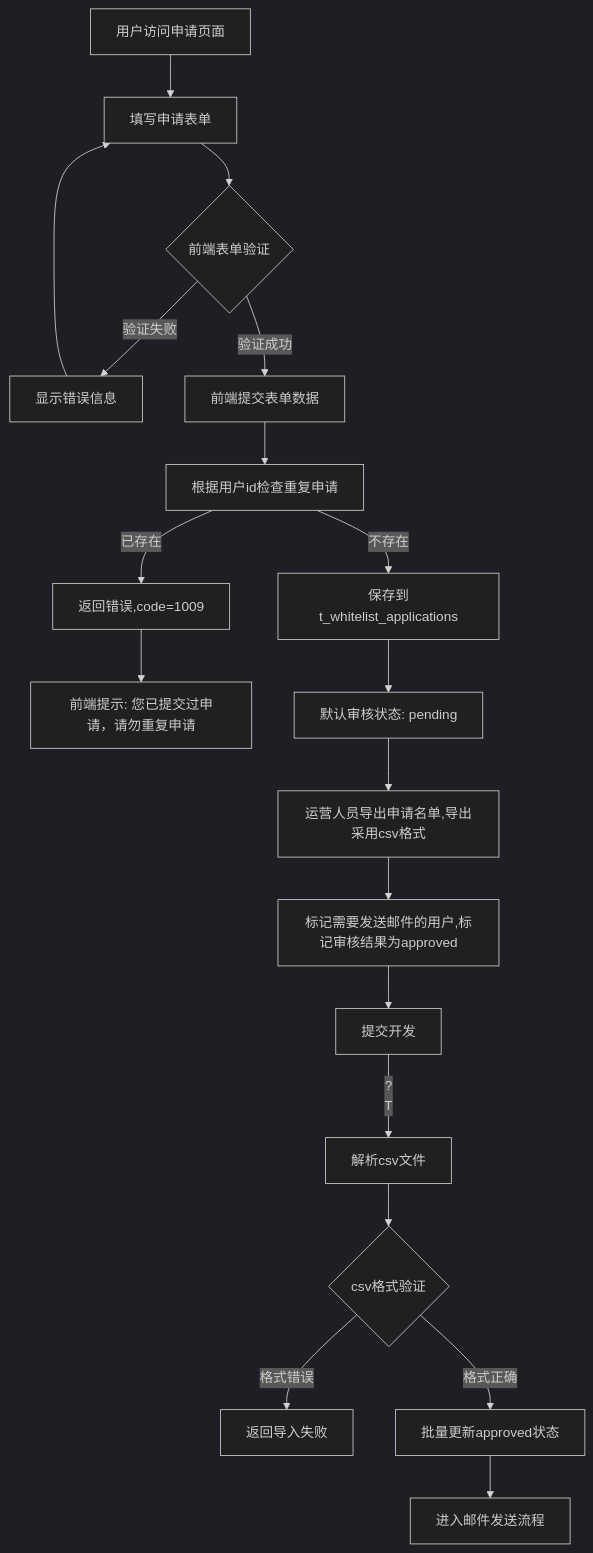
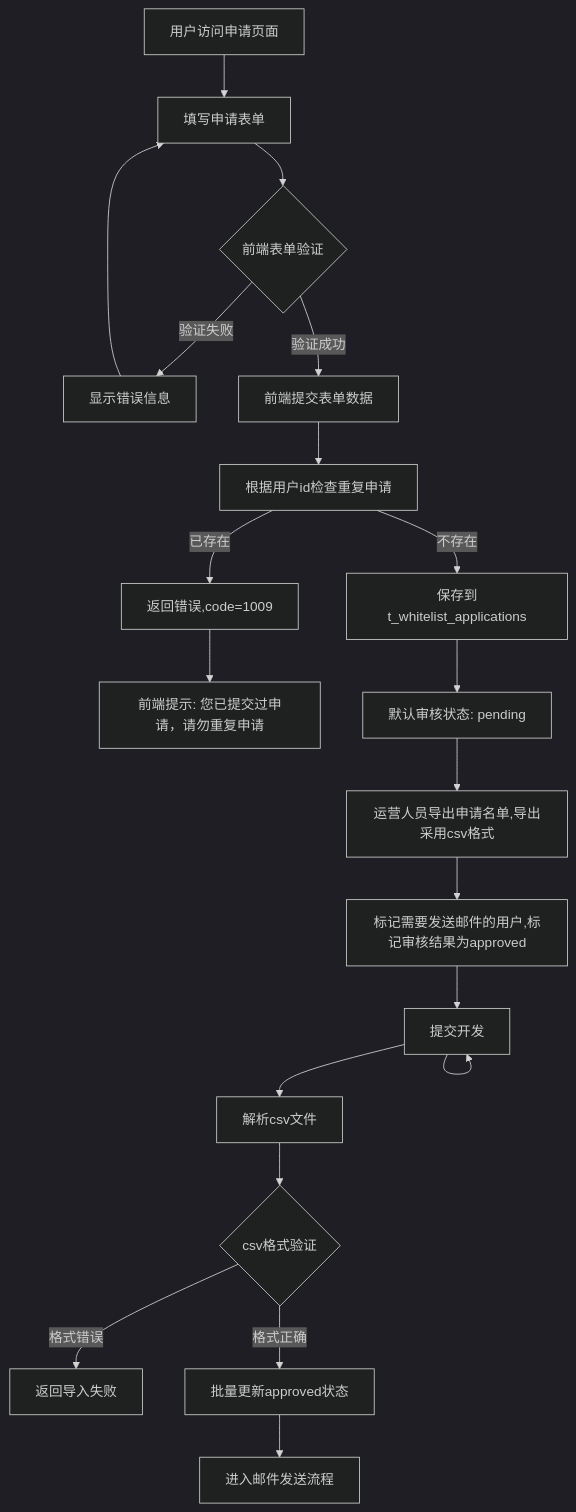
One commit to yingjianzh/iodraw-files changed the diagram in all/未命名-76.md. Above: the diagram before and after it, drawn with Mermaid (dark theme).

Commit message:
2025-07-08 09:51:26 update

````diff
--- a/all/未命名-76.md
+++ b/all/未命名-76.md
@@ -1,25 +1,25 @@
 ```mermaid
 
 flowchart TD
     A[用户访问申请页面] --> B[填写申请表单]
     B --> C{前端表单验证}
     C -->|验证失败| D[显示错误信息]
     D --> B
     C -->|验证成功| E[前端提交表单数据]
     E --> F[根据用户id检查重复申请]
     F -->|已存在| G[返回错误,code=1009]
     G --> H[前端提示: 您已提交过申请，请勿重复申请]
     F -->|不存在| I[保存到t_whitelist_applications]
     I --> K[默认审核状态: pending]
     
     K --> P[运营人员导出申请名单,导出采用csv格式]
     P --> S[标记需要发送邮件的用户,标记审核结果为approved]
     S --> T[提交开发]
-    T--?
+    T --> 
     T --> T2[解析csv文件]
     T2 --> T3{csv格式验证}
     T3 -->|格式错误| T4[返回导入失败]
     T3 -->|格式正确| U[批量更新approved状态]
     U --> V[进入邮件发送流程]
 
 ```
````
